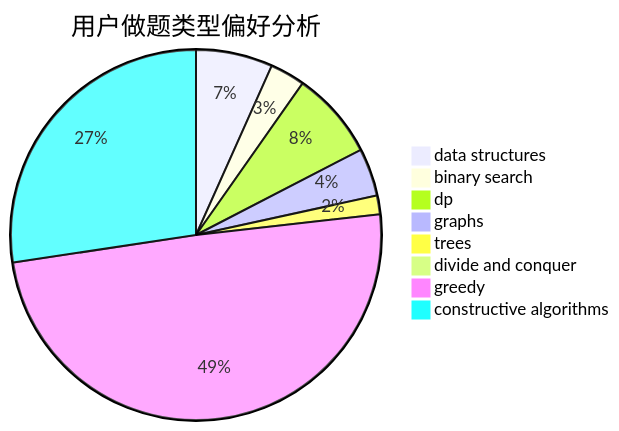
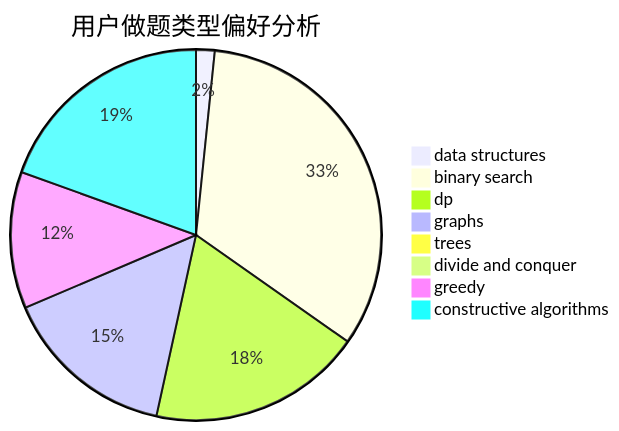
The second of 3 diagrams in docs/user/u1211.md (sherpahu/cfrs.github.io), drawn with Mermaid before and after one commit. The commit also changed other lines of this file and 2770 other files, not shown here.

````diff
--- a/docs/user/u1211.md
+++ b/docs/user/u1211.md
@@ -23,11 +23,11 @@
 ```mermaid
 pie title 用户做题类型偏好分析
-    "data structures" :  90
-    "binary search" :  41
-    "dp" :  103
-    "graphs" :  56
-    "trees" :  22
-    "divide and conquer" :  1
-    "greedy" :  664
-    "constructive algorithms" :  368
+    "data structures" :  18
+    "binary search" :  367
+    "dp" :  207
+    "graphs" :  168
+    "trees" :  10
+    "divide and conquer" :  6
+    "greedy" :  132
+    "constructive algorithms" :  216
 ```
````
